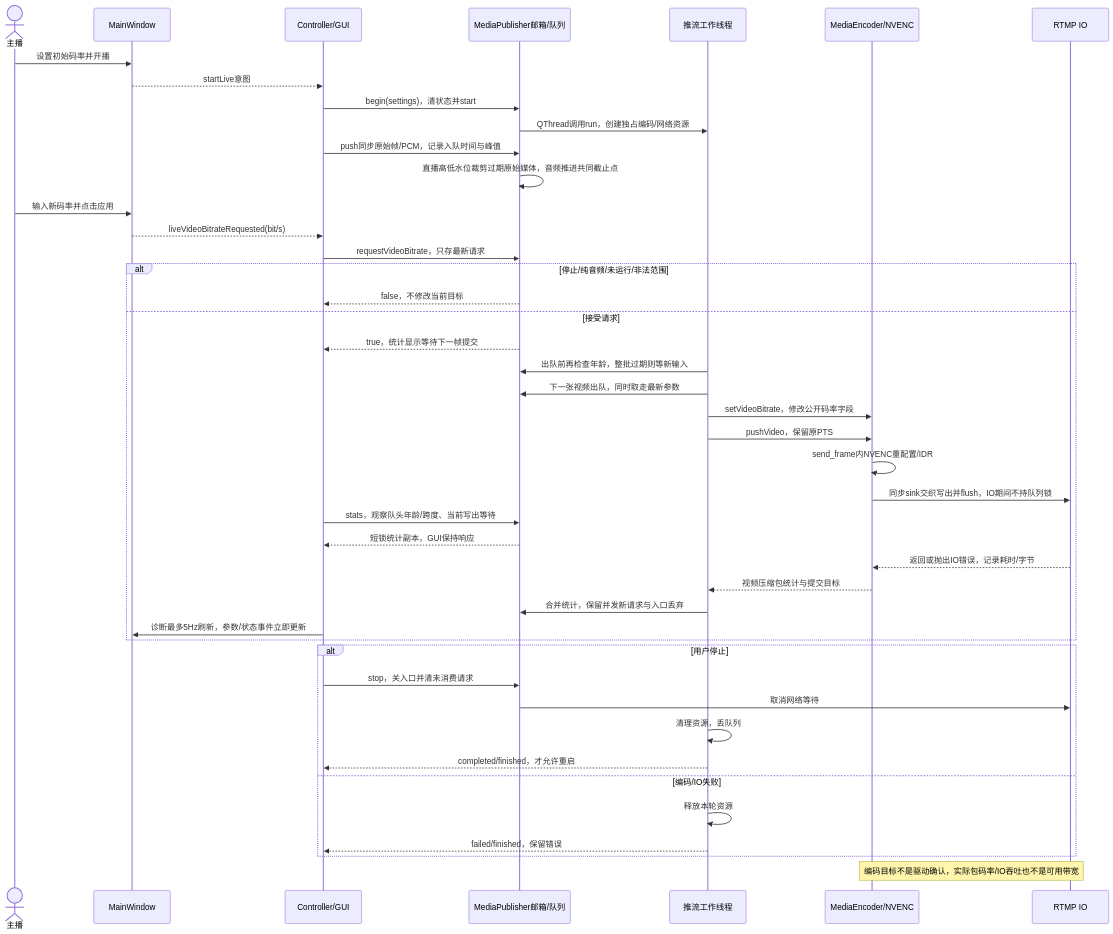
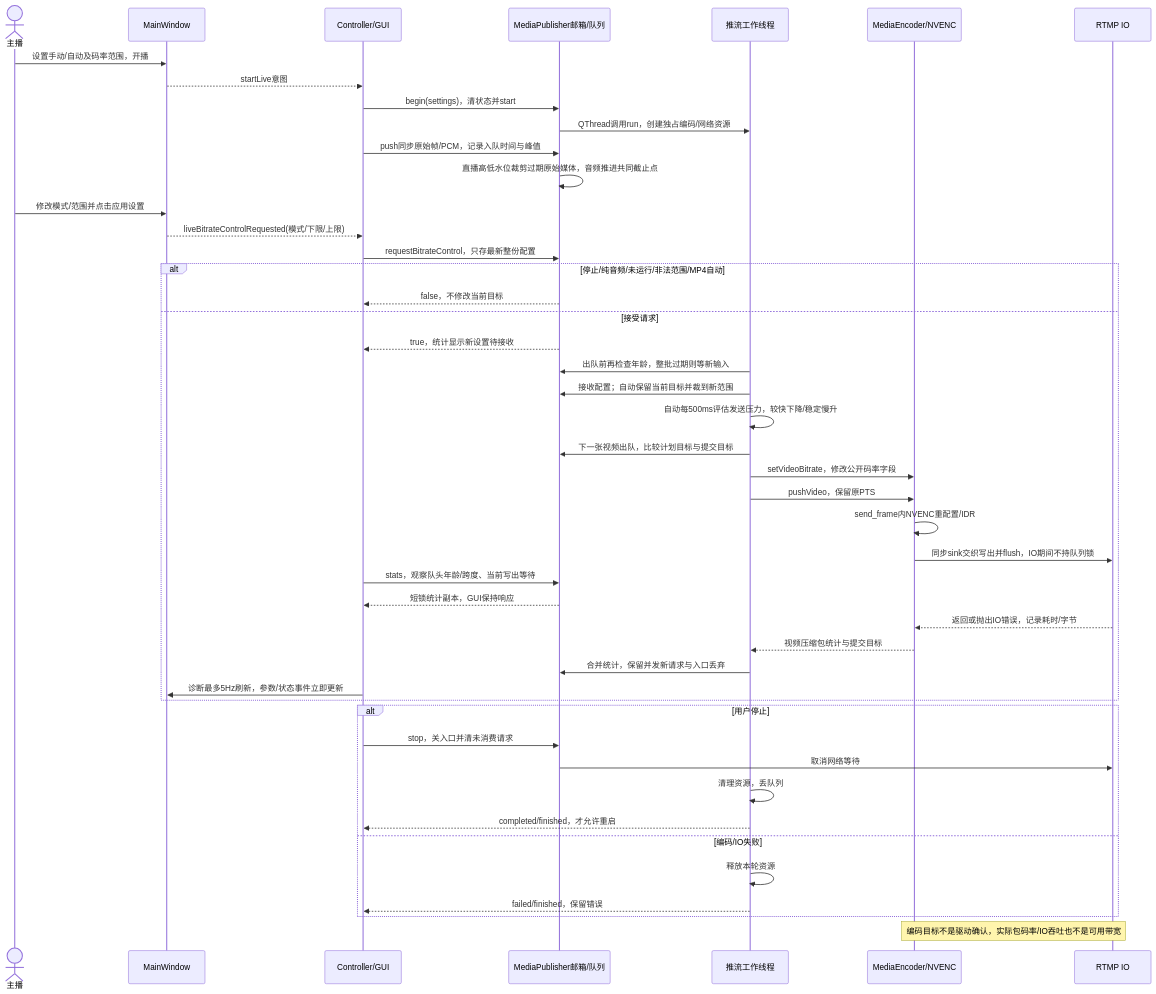
One commit to kingsman-svg/OBS changed the diagram in docs/uml/publish-control.mmd. Above: the diagram before and after it, drawn with Mermaid. The commit also changed 28 other files, not shown here.

```diff
--- a/docs/uml/publish-control.mmd
+++ b/docs/uml/publish-control.mmd
@@ -1,44 +1,46 @@
 sequenceDiagram
 actor U as 主播
 participant V as MainWindow
 participant C as Controller/GUI
 participant P as MediaPublisher邮箱/队列
 participant W as 推流工作线程
 participant E as MediaEncoder/NVENC
 participant R as RTMP IO
-U->>V: 设置初始码率并开播
+U->>V: 设置手动/自动及码率范围，开播
 V-->>C: startLive意图
 C->>P: begin(settings)，清状态并start
 P->>W: QThread调用run，创建独占编码/网络资源
 C->>P: push同步原始帧/PCM，记录入队时间与峰值
 P->>P: 直播高低水位裁剪过期原始媒体，音频推进共同截止点
-U->>V: 输入新码率并点击应用
-V-->>C: liveVideoBitrateRequested(bit/s)
-C->>P: requestVideoBitrate，只存最新请求
-alt 停止/纯音频/未运行/非法范围
+U->>V: 修改模式/范围并点击应用设置
+V-->>C: liveBitrateControlRequested(模式/下限/上限)
+C->>P: requestBitrateControl，只存最新整份配置
+alt 停止/纯音频/未运行/非法范围/MP4自动
 P-->>C: false，不修改当前目标
 else 接受请求
-P-->>C: true，统计显示等待下一帧提交
+P-->>C: true，统计显示新设置待接收
 W->>P: 出队前再检查年龄，整批过期则等新输入
-W->>P: 下一张视频出队，同时取走最新参数
+W->>P: 接收配置；自动保留当前目标并裁到新范围
+W->>W: 自动每500ms评估发送压力，较快下降/稳定慢升
+W->>P: 下一张视频出队，比较计划目标与提交目标
 W->>E: setVideoBitrate，修改公开码率字段
 W->>E: pushVideo，保留原PTS
 E->>E: send_frame内NVENC重配置/IDR
 E->>R: 同步sink交织写出并flush，IO期间不持队列锁
 C->>P: stats，观察队头年龄/跨度、当前写出等待
 P-->>C: 短锁统计副本，GUI保持响应
 R-->>E: 返回或抛出IO错误，记录耗时/字节
 E-->>W: 视频压缩包统计与提交目标
 W->>P: 合并统计，保留并发新请求与入口丢弃
 C->>V: 诊断最多5Hz刷新，参数/状态事件立即更新
 end
 alt 用户停止
 C->>P: stop，关入口并清未消费请求
 P->>R: 取消网络等待
 W->>W: 清理资源，丢队列
 W-->>C: completed/finished，才允许重启
 else 编码/IO失败
 W->>W: 释放本轮资源
 W-->>C: failed/finished，保留错误
 end
 Note over E,R: 编码目标不是驱动确认，实际包码率/IO吞吐也不是可用带宽
```
